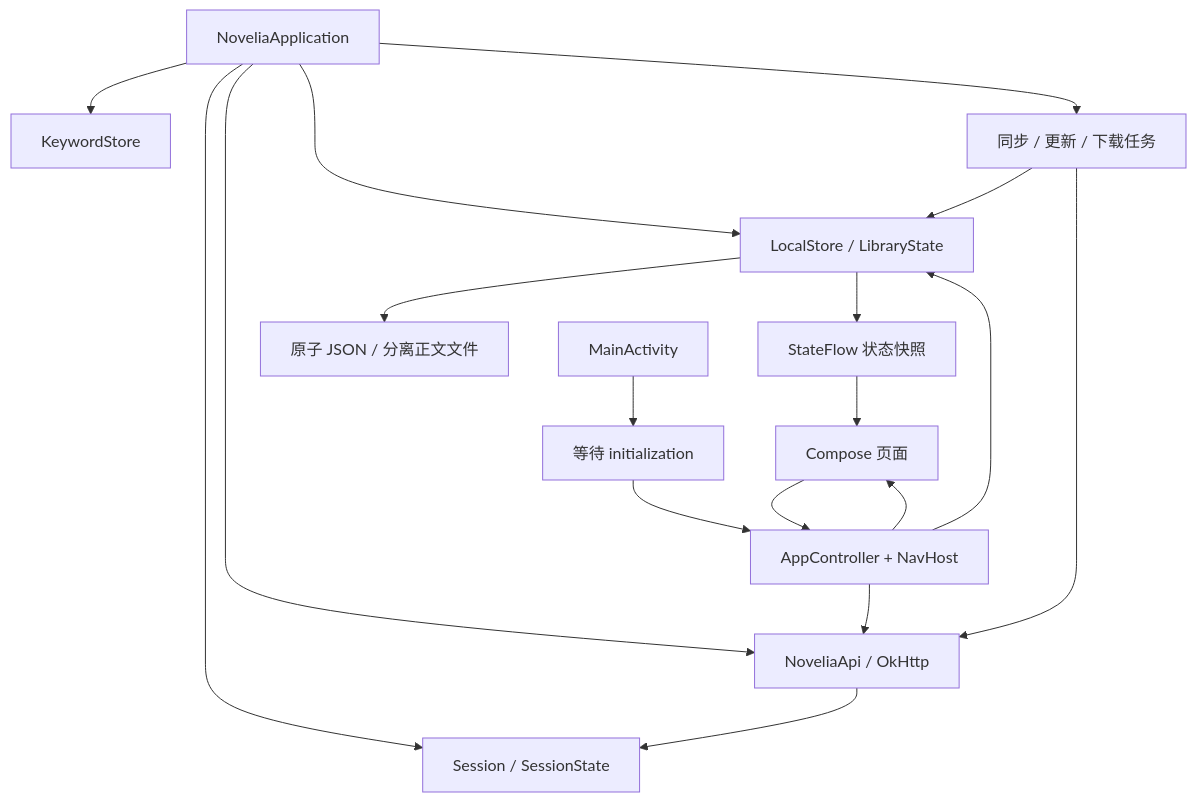
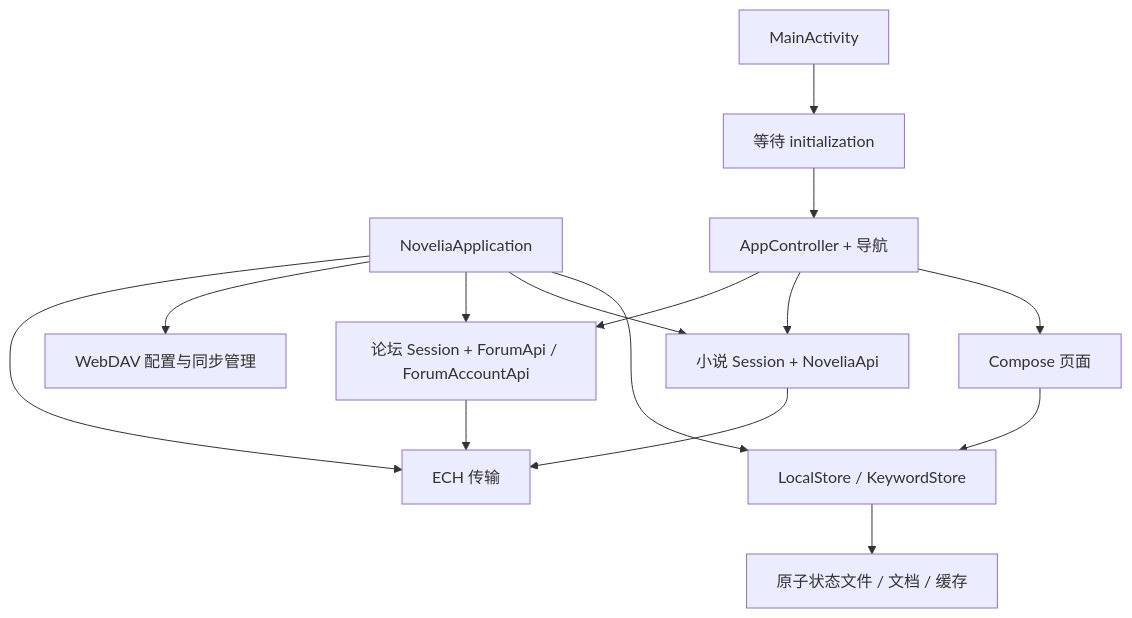
The diagram in docs/architecture/architecture.md (nobYoQ/novelia), drawn with Mermaid before and after one commit. The commit also changed other lines of this file and 33 other files, not shown here.

````diff
--- a/docs/architecture/architecture.md
+++ b/docs/architecture/architecture.md
@@ -29,20 +22,17 @@
 ```mermaid
 flowchart TD
-    App[NoveliaApplication] --> Store[LocalStore / LibraryState]
-    App --> Session[Session / SessionState]
-    App --> API[NoveliaApi / OkHttp]
-    App --> Keywords[KeywordStore]
-    Activity[MainActivity] --> Init[等待 initialization]
-    Init --> Controller[AppController + NavHost]
-    Controller --> UI[Compose 页面]
-    UI --> Controller
-    Controller --> Store
-    Controller --> API
-    API --> Session
-    Store --> Flow[StateFlow 状态快照]
-    Flow --> UI
-    Store --> Disk[原子 JSON / 分离正文文件]
-    App --> Workers[同步 / 更新 / 下载任务]
-    Workers --> Store
-    Workers --> API
+    A[NoveliaApplication] --> S[LocalStore / KeywordStore]
+    A --> N[小说 Session + NoveliaApi]
+    A --> F[论坛 Session + ForumApi / ForumAccountApi]
+    A --> W[WebDAV 配置与同步管理]
+    A --> E[ECH 传输]
+    M[MainActivity] --> I[等待 initialization]
+    I --> C[AppController + 导航]
+    C --> UI[Compose 页面]
+    UI --> S
+    C --> N
+    C --> F
+    N --> E
+    F --> E
+    S --> Disk[原子状态文件 / 文档 / 缓存]
 ```
````
